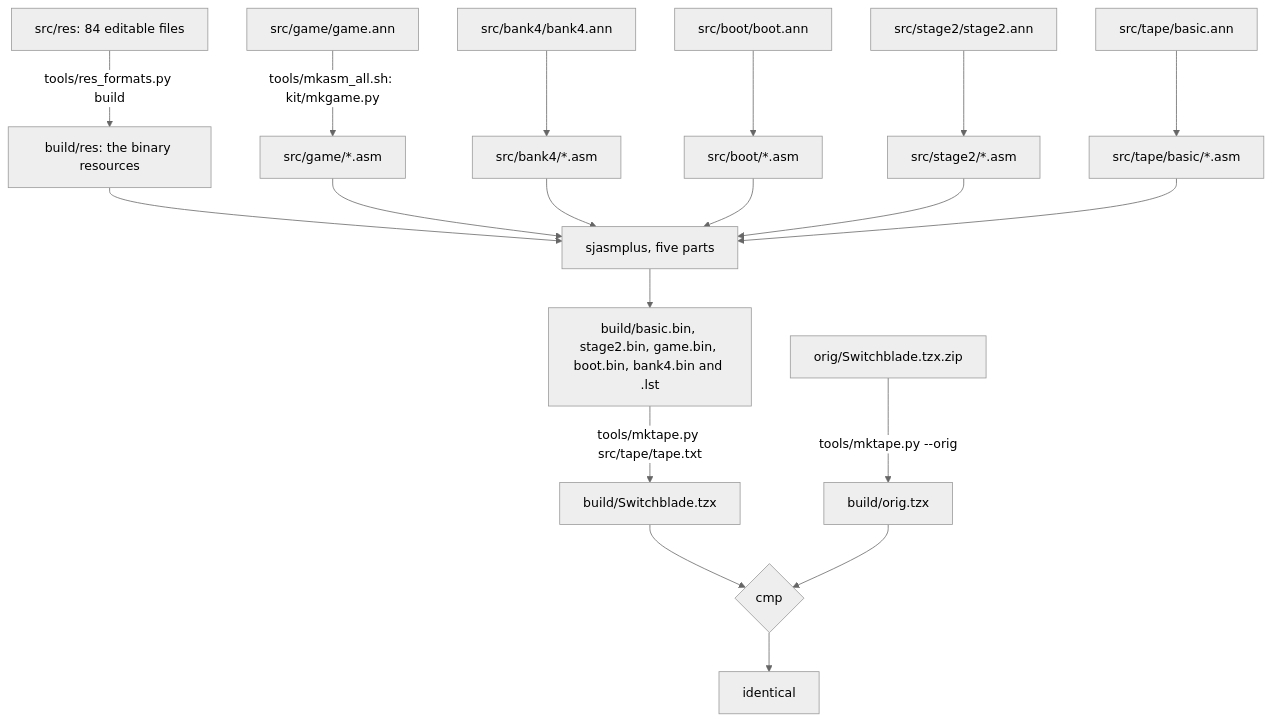
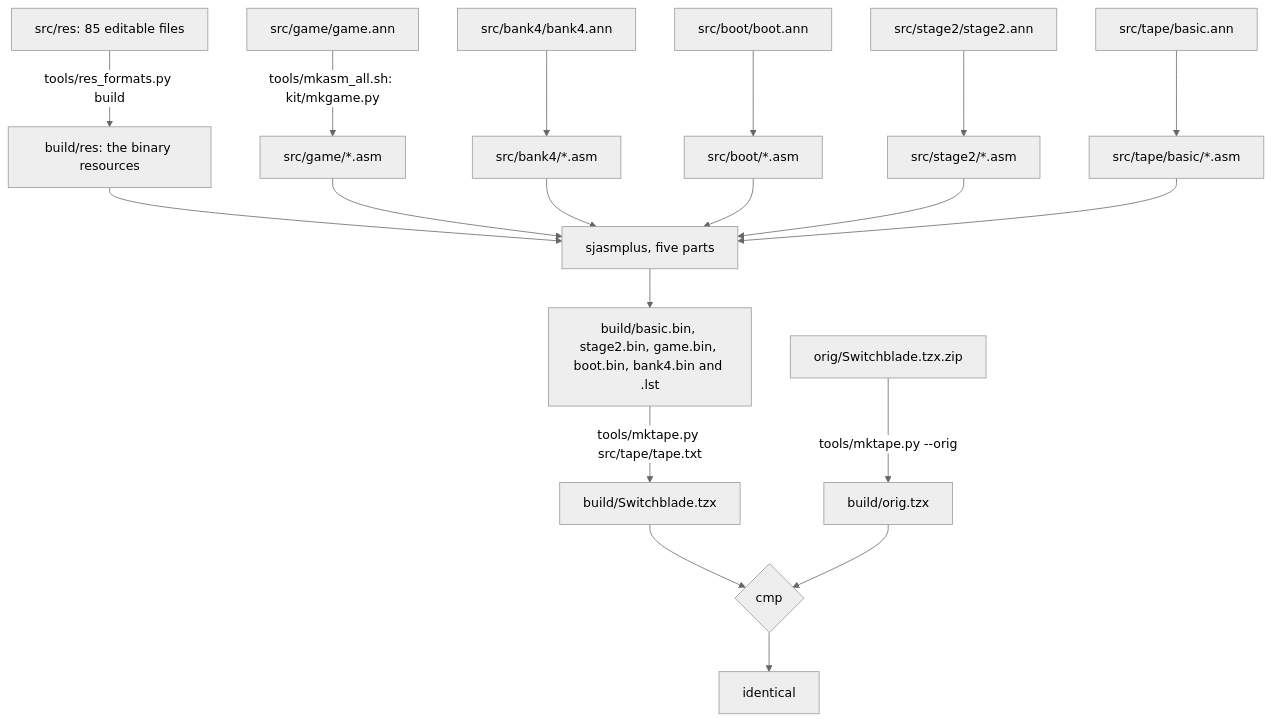
The fifth of 5 diagrams in games/switchblade/docs/03-build-and-load.md (alfishe/unrealng-reverse-cases), drawn with Mermaid (neutral theme) before and after one commit. The commit also changed 95 other files, not shown here.

````diff
--- a/games/switchblade/docs/03-build-and-load.md
+++ b/games/switchblade/docs/03-build-and-load.md
@@ -454,21 +454,21 @@
 ```mermaid
 flowchart TD
-    R["src/res: 84 editable files"] -->|"tools/res_formats.py build"| RB["build/res: the binary resources"]
+    R["src/res: 85 editable files"] -->|"tools/res_formats.py build"| RB["build/res: the binary resources"]
     A1["src/game/game.ann"] -->|"tools/mkasm_all.sh: kit/mkgame.py"| G["src/game/*.asm"]
     A2["src/bank4/bank4.ann"] --> B4["src/bank4/*.asm"]
     A3["src/boot/boot.ann"] --> BO["src/boot/*.asm"]
     A4["src/stage2/stage2.ann"] --> S2["src/stage2/*.asm"]
     A5["src/tape/basic.ann"] --> BA["src/tape/basic/*.asm"]
     RB --> SJ["sjasmplus, five parts"]
     G --> SJ
     B4 --> SJ
     BO --> SJ
     S2 --> SJ
     BA --> SJ
     SJ --> BIN["build/basic.bin, stage2.bin, game.bin, boot.bin, bank4.bin and .lst"]
     BIN -->|"tools/mktape.py src/tape/tape.txt"| T["build/Switchblade.tzx"]
     O["orig/Switchblade.tzx.zip"] -->|"tools/mktape.py --orig"| OT["build/orig.tzx"]
     T --> C{"cmp"}
     OT --> C
     C --> OK["identical"]
 ```
````
